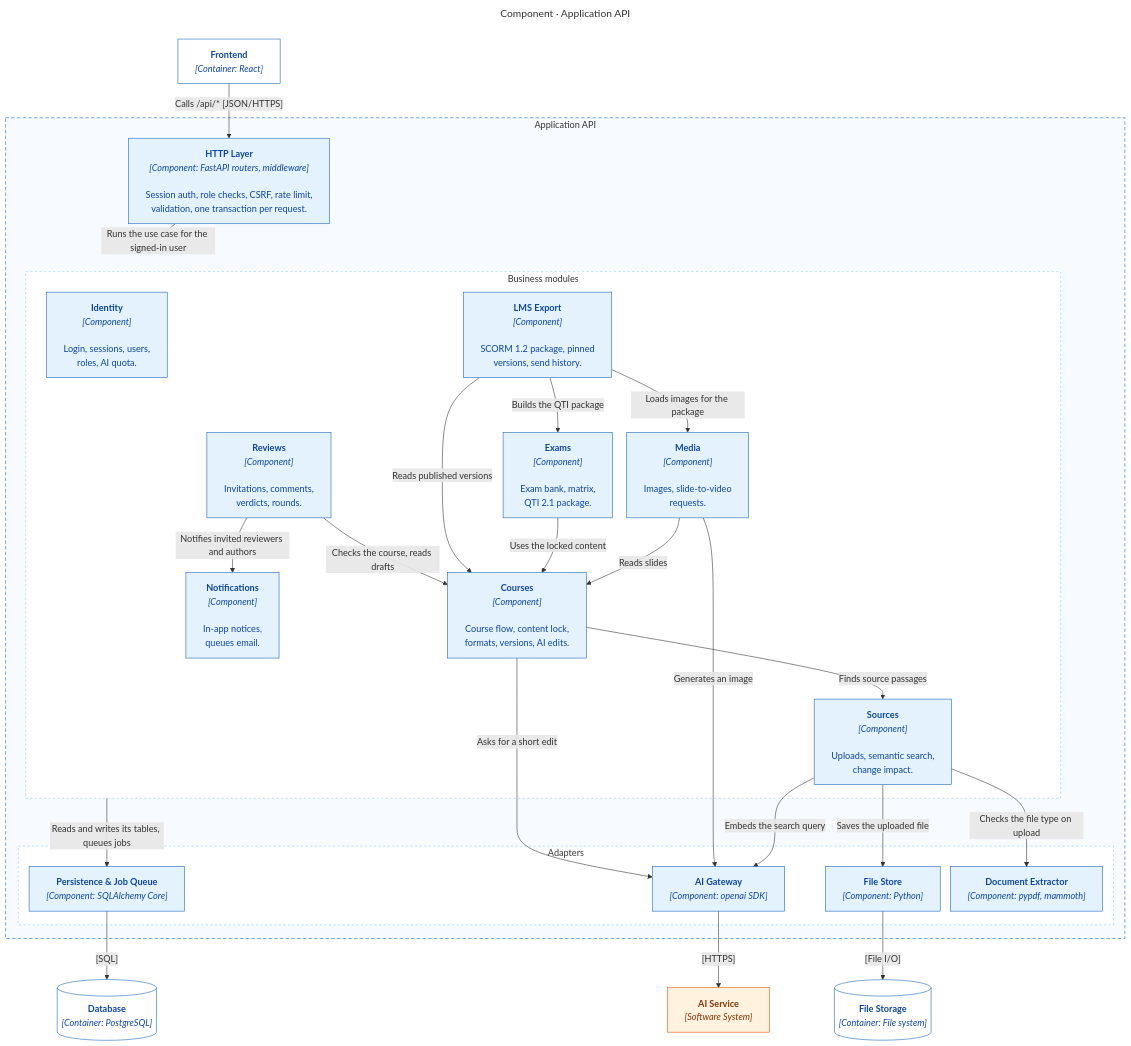
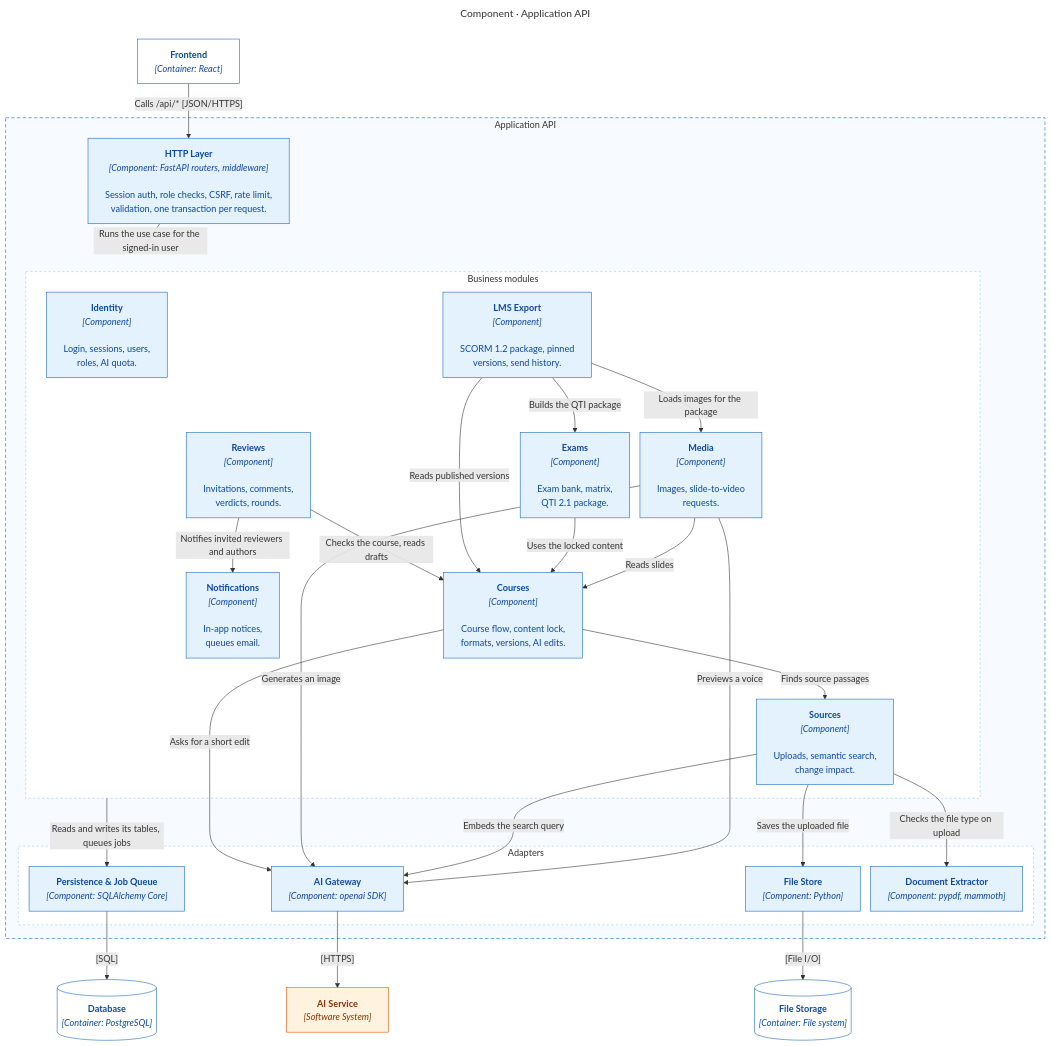
The fourth of 5 diagrams in lms/docs/C4.md (AnNguyen05092004/hrm-ai-an), drawn with Mermaid before and after one commit. The commit also changed other lines of this file and 17 other files, not shown here.

````diff
--- a/lms/docs/C4.md
+++ b/lms/docs/C4.md
@@ -218,76 +218,77 @@
 ```mermaid
 ---
 title: Component · Application API
 config:
   flowchart:
     wrappingWidth: 400
     nodeSpacing: 18
     rankSpacing: 48
     subGraphTitleMargin:
       bottom: 12
 ---
 flowchart TB
   spa["<b>Frontend</b><br/><i>[Container: React]</i>"]
 
   subgraph api["Application API"]
     http["<b>HTTP Layer</b><br/><i>[Component: FastAPI routers, middleware]</i><br/><br/>Session auth, role checks, CSRF, rate limit,<br/>validation, one transaction per request."]
 
     subgraph modules["Business modules"]
       identity["<b>Identity</b><br/><i>[Component]</i><br/><br/>Login, sessions, users,<br/>roles, AI quota."]
       sources["<b>Sources</b><br/><i>[Component]</i><br/><br/>Uploads, semantic search,<br/>change impact."]
       courses["<b>Courses</b><br/><i>[Component]</i><br/><br/>Course flow, content lock,<br/>formats, versions, AI edits."]
       exams["<b>Exams</b><br/><i>[Component]</i><br/><br/>Exam bank, matrix,<br/>QTI 2.1 package."]
       reviews["<b>Reviews</b><br/><i>[Component]</i><br/><br/>Invitations, comments,<br/>verdicts, rounds."]
       notifications["<b>Notifications</b><br/><i>[Component]</i><br/><br/>In-app notices,<br/>queues email."]
       export["<b>LMS Export</b><br/><i>[Component]</i><br/><br/>SCORM 1.2 package, pinned<br/>versions, send history."]
       media["<b>Media</b><br/><i>[Component]</i><br/><br/>Images, slide-to-video<br/>requests."]
     end
 
     subgraph adapters["Adapters"]
       persistence["<b>Persistence & Job Queue</b><br/><i>[Component: SQLAlchemy Core]</i>"]
       aiGw["<b>AI Gateway</b><br/><i>[Component: openai SDK]</i>"]
       store["<b>File Store</b><br/><i>[Component: Python]</i>"]
       extract["<b>Document Extractor</b><br/><i>[Component: pypdf, mammoth]</i>"]
     end
   end
 
   ai["<b>AI Service</b><br/><i>[Software System]</i>"]
   db[("<b>Database</b><br/><i>[Container: PostgreSQL]</i>")]
   files[("<b>File Storage</b><br/><i>[Container: File system]</i>")]
 
   spa -->|"Calls /api/* [JSON/HTTPS]"| http
   http -->|"Runs the use case for the signed-in user"| modules
   http ~~~ identity
   http ~~~ reviews
   http ~~~ export
 
   reviews -->|"Checks the course, reads drafts"| courses
   reviews -->|"Notifies invited reviewers and authors"| notifications
   export -->|"Reads published versions"| courses
   export -->|"Builds the QTI package"| exams
   export -->|"Loads images for the package"| media
   exams -->|"Uses the locked content"| courses
   courses -->|"Finds source passages"| sources
   media -->|"Reads slides"| courses
 
   courses -->|"Asks for a short edit"| aiGw
   media -->|"Generates an image"| aiGw
   sources -->|"Embeds the search query"| aiGw
+  media -->|"Previews a voice"| aiGw
   sources -->|"Checks the file type on upload"| extract
   sources -->|"Saves the uploaded file"| store
   modules -->|"Reads and writes its tables, queues jobs"| persistence
 
   aiGw -->|"[HTTPS]"| ai
   persistence -->|"[SQL]"| db
   store -->|"[File I/O]"| files
 
   classDef component fill:#E3F2FD,stroke:#1565C0,color:#0D47A1
   classDef container fill:#FFFFFF,stroke:#1565C0,color:#0D47A1
   classDef external fill:#FFF3E0,stroke:#E65100,color:#8A3200
   class http,identity,sources,courses,exams,reviews,notifications,export,media,persistence,aiGw,store,extract component
   class spa,db,files container
   class ai external
   style api fill:#F7FBFF,stroke:#1565C0,stroke-dasharray:6 4
   style modules fill:#FFFFFF,stroke:#90CAF9,stroke-dasharray:4 4
   style adapters fill:#FFFFFF,stroke:#90CAF9,stroke-dasharray:4 4
 ```
````
